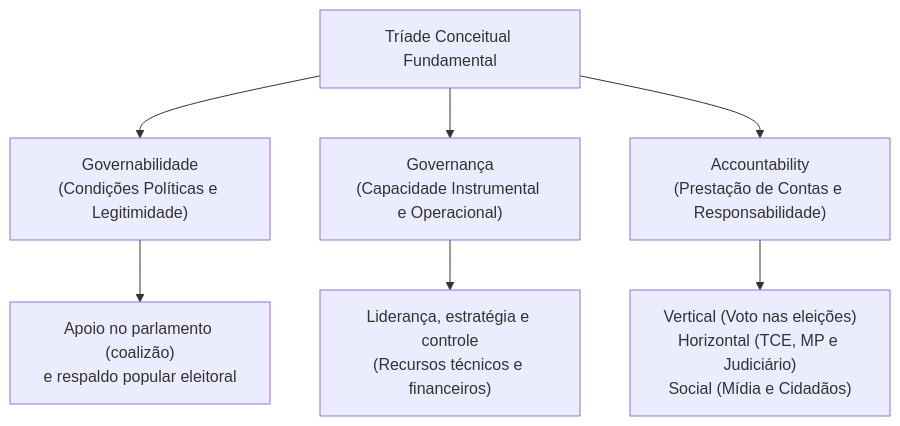
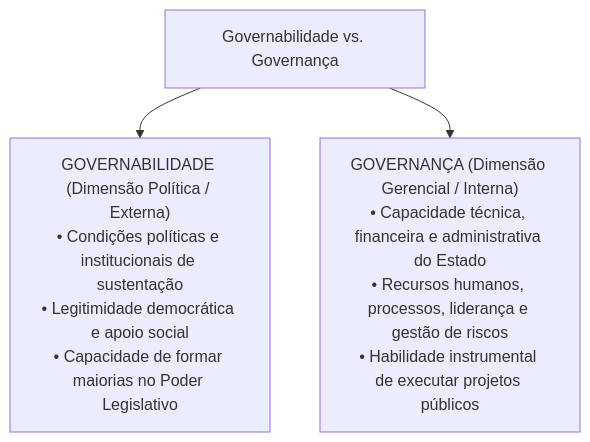
The fifth of 6 diagrams in fontes_de_estudo/conhecimentos_especificos_a01_tecnico_administrativo/21_nocoes_de_administracao_publica/02_modelos_de_administracao_publica_e_governanca.md (thiagosantos346/TCE-GO-2027), drawn with Mermaid before and after one commit. The commit also changed other lines of this file and 119 other files, not shown here.

````diff
--- a/fontes_de_estudo/conhecimentos_especificos_a01_tecnico_administrativo/21_nocoes_de_administracao_publica/02_modelos_de_administracao_publica_e_governanca.md
+++ b/fontes_de_estudo/conhecimentos_especificos_a01_tecnico_administrativo/21_nocoes_de_administracao_publica/02_modelos_de_administracao_publica_e_governanca.md
@@ -169,12 +190,8 @@
 ```mermaid
 flowchart TD
-    Conceitos["Tríade Conceitual Fundamental"]
+    Diferencas["Governabilidade vs. Governança"]
     
-    Conceitos --> Govbl["Governabilidade<br/>(Condições Políticas e Legitimidade)"]
-    Conceitos --> Govnc["Governança<br/>(Capacidade Instrumental e Operacional)"]
-    Conceitos --> Acc["Accountability<br/>(Prestação de Contas e Responsabilidade)"]
+    Diferencas --> Govbl["GOVERNABILIDADE (Dimensão Política / Externa)<br/>• Condições políticas e institucionais de sustentação<br/>• Legitimidade democrática e apoio social<br/>• Capacidade de formar maiorias no Poder Legislativo"]
     
-    Govbl --> P1["Apoio no parlamento (coalizão)<br/>e respaldo popular eleitoral"]
-    Govnc --> P2["Liderança, estratégia e controle<br/>(Recursos técnicos e financeiros)"]
-    Acc --> P3["Vertical (Voto nas eleições)<br/>Horizontal (TCE, MP e Judiciário)<br/>Social (Mídia e Cidadãos)"]
+    Diferencas --> Govnc["GOVERNANÇA (Dimensão Gerencial / Interna)<br/>• Capacidade técnica, financeira e administrativa do Estado<br/>• Recursos humanos, processos, liderança e gestão de riscos<br/>• Habilidade instrumental de executar projetos públicos"]
 ```
````
